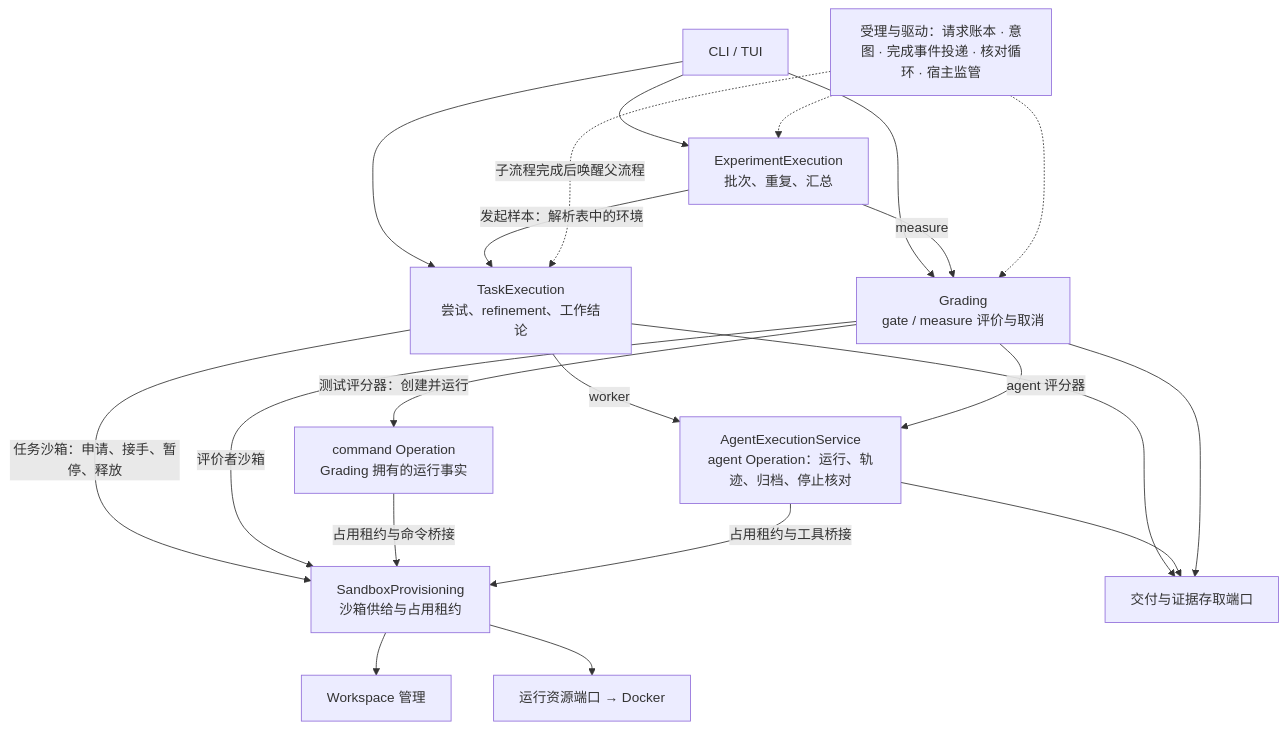
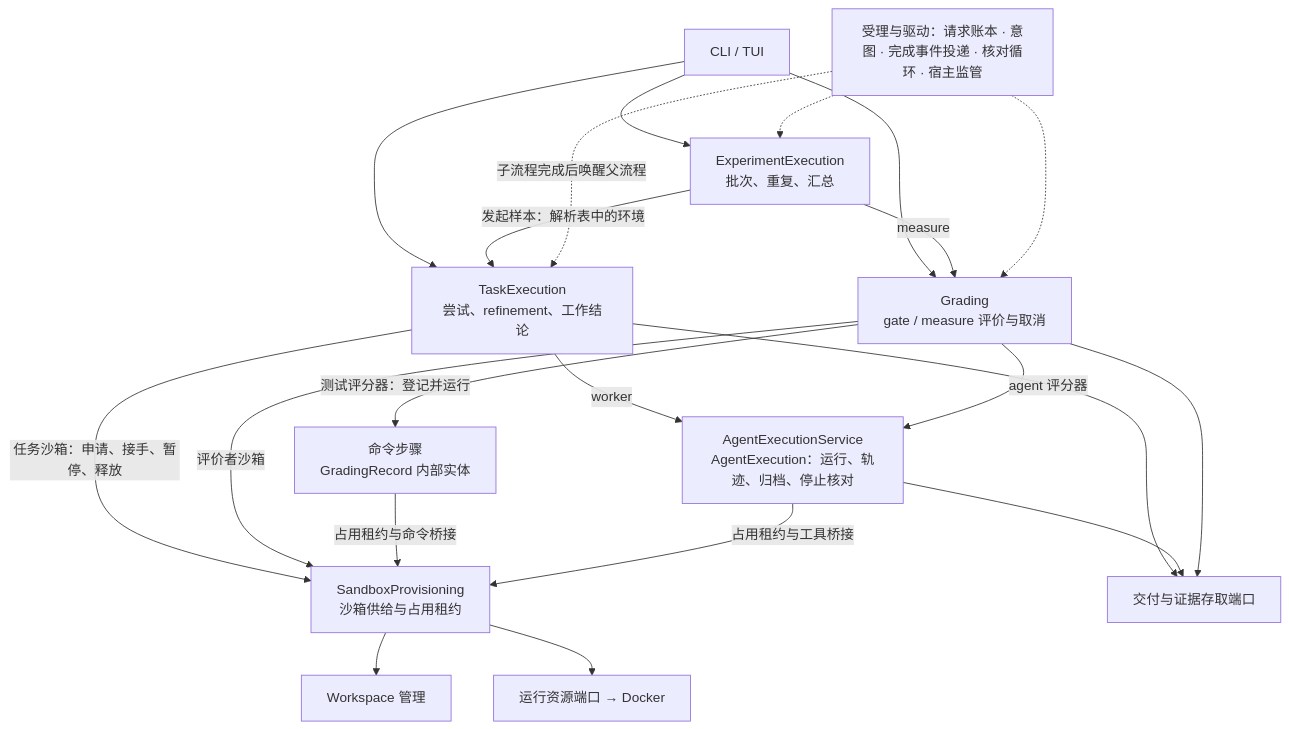
One commit to MaybeLL/Ground changed the diagram in docs/assets/model-app-modules.mmd. Above: the diagram before and after it, drawn with Mermaid. The commit also changed 15 other files, not shown here.

First line of the commit message:
docs: model agent executions and command steps separately (D143)

```diff
--- a/docs/assets/model-app-modules.mmd
+++ b/docs/assets/model-app-modules.mmd
@@ -1,21 +1,21 @@
 flowchart TB
   CLI[CLI / TUI] --> TE[TaskExecution<br/>尝试、refinement、工作结论]
   CLI --> GR[Grading<br/>gate / measure 评价与取消]
   CLI --> EE[ExperimentExecution<br/>批次、重复、汇总]
   EE -->|发起样本：解析表中的环境| TE
   EE -->|measure| GR
   TE -->|任务沙箱：申请、接手、暂停、释放| SB[SandboxProvisioning<br/>沙箱供给与占用租约]
   GR -->|评价者沙箱| SB
-  TE -->|worker| AE[AgentExecutionService<br/>agent Operation：运行、轨迹、归档、停止核对]
+  TE -->|worker| AE[AgentExecutionService<br/>AgentExecution：运行、轨迹、归档、停止核对]
   GR -->|agent 评分器| AE
-  GR -->|测试评分器：创建并运行| COP[command Operation<br/>Grading 拥有的运行事实]
+  GR -->|测试评分器：登记并运行| COP[命令步骤<br/>GradingRecord 内部实体]
   COP -->|占用租约与命令桥接| SB
   AE -->|占用租约与工具桥接| SB
   SB --> W[Workspace 管理]
   SB --> RT[运行资源端口 → Docker]
   TE --> ST[交付与证据存取端口]
   AE --> ST
   GR --> ST
   DRV[受理与驱动：请求账本 · 意图 · 完成事件投递 · 核对循环 · 宿主监管] -.->|子流程完成后唤醒父流程| TE
   DRV -.-> EE
   DRV -.-> GR
```
